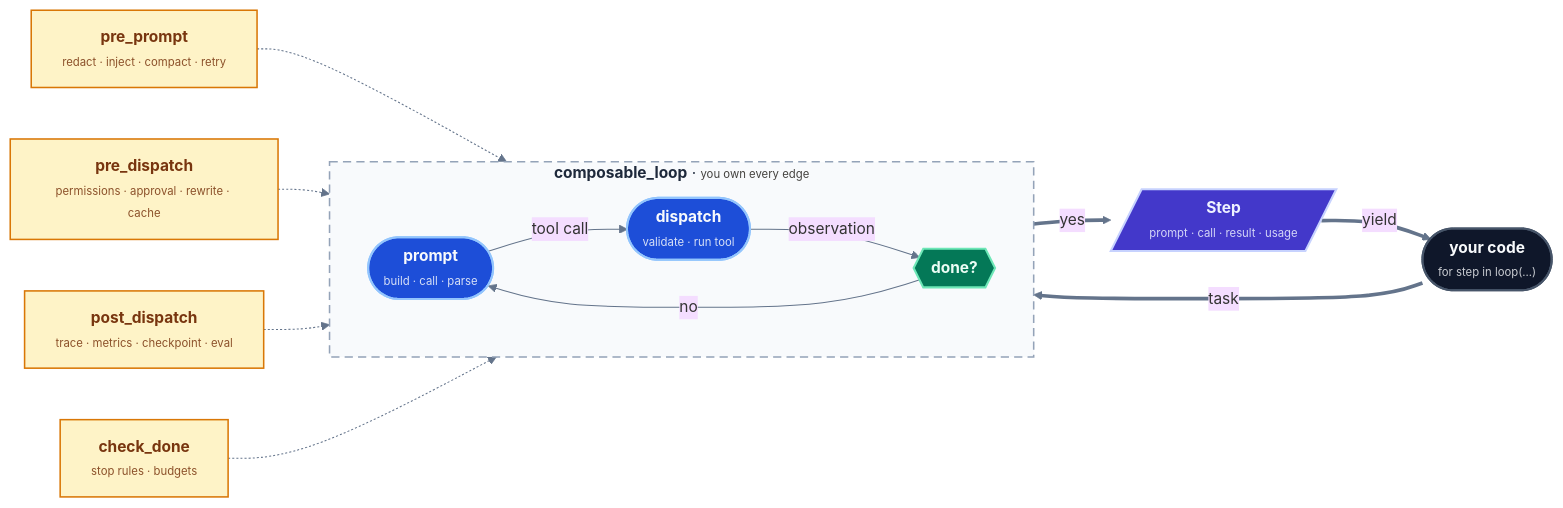
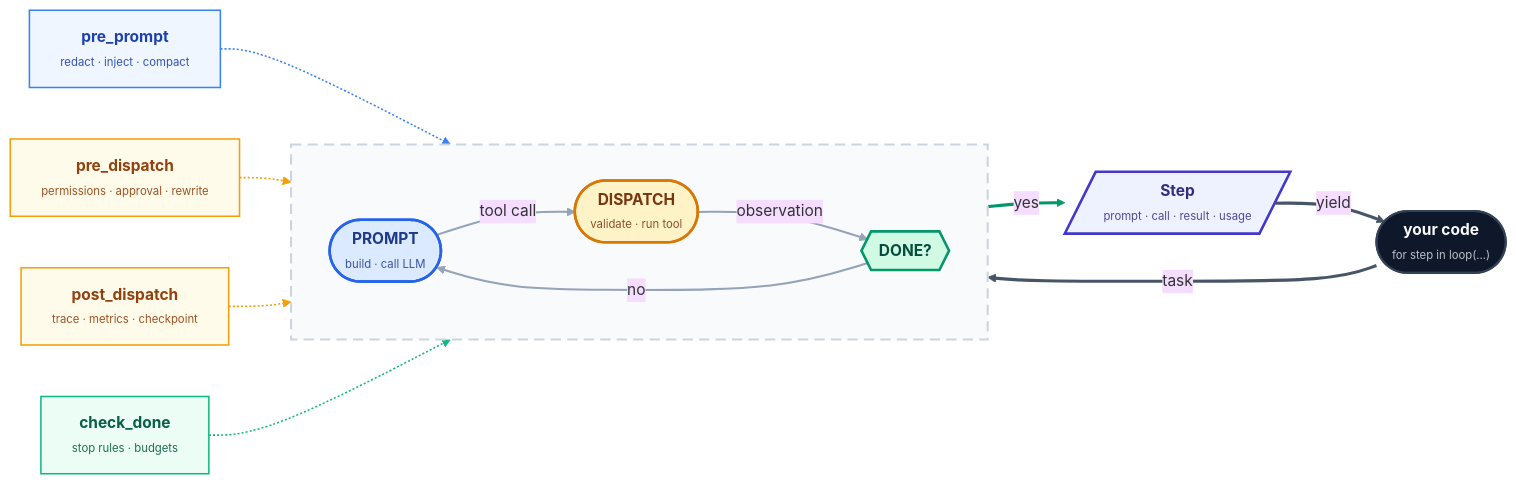
Before and after one commit to hsaghir/looplet: the diagram in README.md, drawn with Mermaid.

Commit message:
docs(readme): banner v3 — color-coupled hooks, airy light palette
* light-fill cards with strong Tailwind-600 borders read as a modern
  dev-tool banner (Prefect/Dagster/Pydantic aesthetic) rather than a
  heavy dark-filled block
* color system now carries meaning: each phase has a hue (PROMPT =
  blue, DISPATCH = amber, DONE? = green) and every hook card + its
  attachment edge inherits the hue of the phase it hooks into. You
  can read the whole wiring at a glance just from color.
* edge weights encode hierarchy: thick slate for user↔loop data flow,
  thick emerald for the yes-branch, thin colored for hook attachments,
  thin gray for internal loop transitions
* tighter all-caps phase names (PROMPT / DISPATCH / DONE?) so they
  read as stages, not verbs

````diff
--- a/README.md
+++ b/README.md
@@ -74,42 +74,55 @@
 ```mermaid
 %%{init: {"theme":"base","themeVariables":{
   "fontFamily":"ui-sans-serif, system-ui, -apple-system, Segoe UI, Roboto, sans-serif",
   "fontSize":"15px",
-  "lineColor":"#64748b"
+  "lineColor":"#94a3b8"
 }}}%%
 flowchart LR
-    you(["<b>your code</b><br/><span style='font-size:11px;opacity:.8'>for step in loop(...)</span>"]):::you
+    you(["<b>your code</b><br/><span style='font-size:11px;opacity:.75'>for&nbsp;step&nbsp;in&nbsp;loop(...)</span>"]):::you
 
-    subgraph loop["&nbsp;&nbsp;&nbsp;&nbsp;<b>composable_loop</b>&nbsp;·&nbsp;<span style='font-size:11px;opacity:.75;font-weight:400'>you own every edge</span>&nbsp;&nbsp;&nbsp;&nbsp;"]
+    h1["<b>pre_prompt</b><br/><span style='font-size:11px;opacity:.9'>redact&nbsp;·&nbsp;inject&nbsp;·&nbsp;compact</span>"]:::hookBlue
+    h2["<b>pre_dispatch</b><br/><span style='font-size:11px;opacity:.9'>permissions&nbsp;·&nbsp;approval&nbsp;·&nbsp;rewrite</span>"]:::hookAmber
+    h3["<b>post_dispatch</b><br/><span style='font-size:11px;opacity:.9'>trace&nbsp;·&nbsp;metrics&nbsp;·&nbsp;checkpoint</span>"]:::hookAmber
+    h4["<b>check_done</b><br/><span style='font-size:11px;opacity:.9'>stop&nbsp;rules&nbsp;·&nbsp;budgets</span>"]:::hookGreen
+
+    subgraph loop[" "]
       direction LR
-      prompt(["<b>prompt</b><br/><span style='font-size:11px;opacity:.85'>build · call · parse</span>"]):::phase
-      dispatch(["<b>dispatch</b><br/><span style='font-size:11px;opacity:.85'>validate · run tool</span>"]):::phase
-      done{{"<b>done?</b>"}}:::done
+      prompt(["<b>PROMPT</b><br/><span style='font-size:11px;opacity:.85'>build&nbsp;·&nbsp;call&nbsp;LLM</span>"]):::phaseBlue
+      dispatch(["<b>DISPATCH</b><br/><span style='font-size:11px;opacity:.85'>validate&nbsp;·&nbsp;run&nbsp;tool</span>"]):::phaseAmber
+      done{{"<b>DONE?</b>"}}:::phaseGreen
       prompt -- "tool call" --> dispatch
       dispatch -- "observation" --> done
       done -- "no" --> prompt
     end
 
-    step[/"<b>Step</b><br/><span style='font-size:11px;opacity:.85'>prompt · call · result · usage</span>"/]:::step
+    step[/"<b>Step</b><br/><span style='font-size:11px;opacity:.85'>prompt&nbsp;·&nbsp;call&nbsp;·&nbsp;result&nbsp;·&nbsp;usage</span>"/]:::step
 
     you == "task" ==> prompt
     done == "yes" ==> step
     step == "yield" ==> you
-
-    h1["<b>pre_prompt</b><br/><span style='font-size:11px;opacity:.85'>redact · inject · compact · retry</span>"]:::hook
-    h2["<b>pre_dispatch</b><br/><span style='font-size:11px;opacity:.85'>permissions · approval · rewrite · cache</span>"]:::hook
-    h3["<b>post_dispatch</b><br/><span style='font-size:11px;opacity:.85'>trace · metrics · checkpoint · eval</span>"]:::hook
-    h4["<b>check_done</b><br/><span style='font-size:11px;opacity:.85'>stop rules · budgets</span>"]:::hook
 
     h1 -.-> prompt
     h2 -.-> dispatch
     h3 -.-> dispatch
     h4 -.-> done
 
-    classDef you    fill:#0f172a,stroke:#475569,stroke-width:2px,color:#f8fafc;
-    classDef phase  fill:#1d4ed8,stroke:#93c5fd,stroke-width:2px,color:#f8fafc;
-    classDef done   fill:#047857,stroke:#6ee7b7,stroke-width:2px,color:#ecfdf5;
-    classDef step   fill:#4338ca,stroke:#c7d2fe,stroke-width:2px,color:#eef2ff;
-    classDef hook   fill:#fef3c7,stroke:#d97706,stroke-width:1.5px,color:#78350f;
-    style loop fill:#f8fafc,stroke:#94a3b8,stroke-width:1.5px,stroke-dasharray:8 5,color:#1e293b;
+    linkStyle 0,1,2 stroke:#94a3b8,stroke-width:2px
+    linkStyle 3 stroke:#475569,stroke-width:3px
+    linkStyle 4 stroke:#059669,stroke-width:3px
+    linkStyle 5 stroke:#475569,stroke-width:3px
+    linkStyle 6 stroke:#3b82f6,stroke-width:1.5px
+    linkStyle 7 stroke:#f59e0b,stroke-width:1.5px
+    linkStyle 8 stroke:#f59e0b,stroke-width:1.5px
+    linkStyle 9 stroke:#10b981,stroke-width:1.5px
+
+    classDef you        fill:#0f172a,stroke:#334155,stroke-width:2px,color:#f8fafc;
+    classDef phaseBlue  fill:#dbeafe,stroke:#2563eb,stroke-width:2.5px,color:#1e3a8a;
+    classDef phaseAmber fill:#fef3c7,stroke:#d97706,stroke-width:2.5px,color:#78350f;
+    classDef phaseGreen fill:#d1fae5,stroke:#059669,stroke-width:2.5px,color:#064e3b;
+    classDef step       fill:#eef2ff,stroke:#4338ca,stroke-width:2.5px,color:#312e81;
+    classDef hookBlue   fill:#eff6ff,stroke:#3b82f6,stroke-width:1.5px,color:#1e40af;
+    classDef hookAmber  fill:#fffbeb,stroke:#f59e0b,stroke-width:1.5px,color:#92400e;
+    classDef hookGreen  fill:#ecfdf5,stroke:#10b981,stroke-width:1.5px,color:#065f46;
+
+    style loop fill:#f8fafc,stroke:#cbd5e1,stroke-width:2px,stroke-dasharray:10 6,color:#1e293b;
 ```
````
